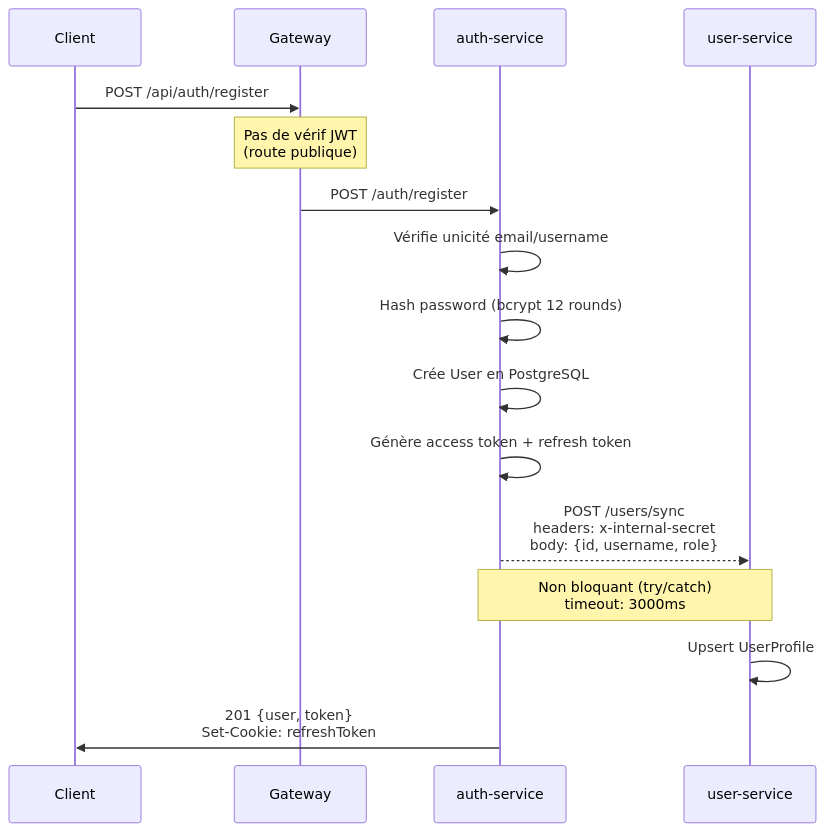
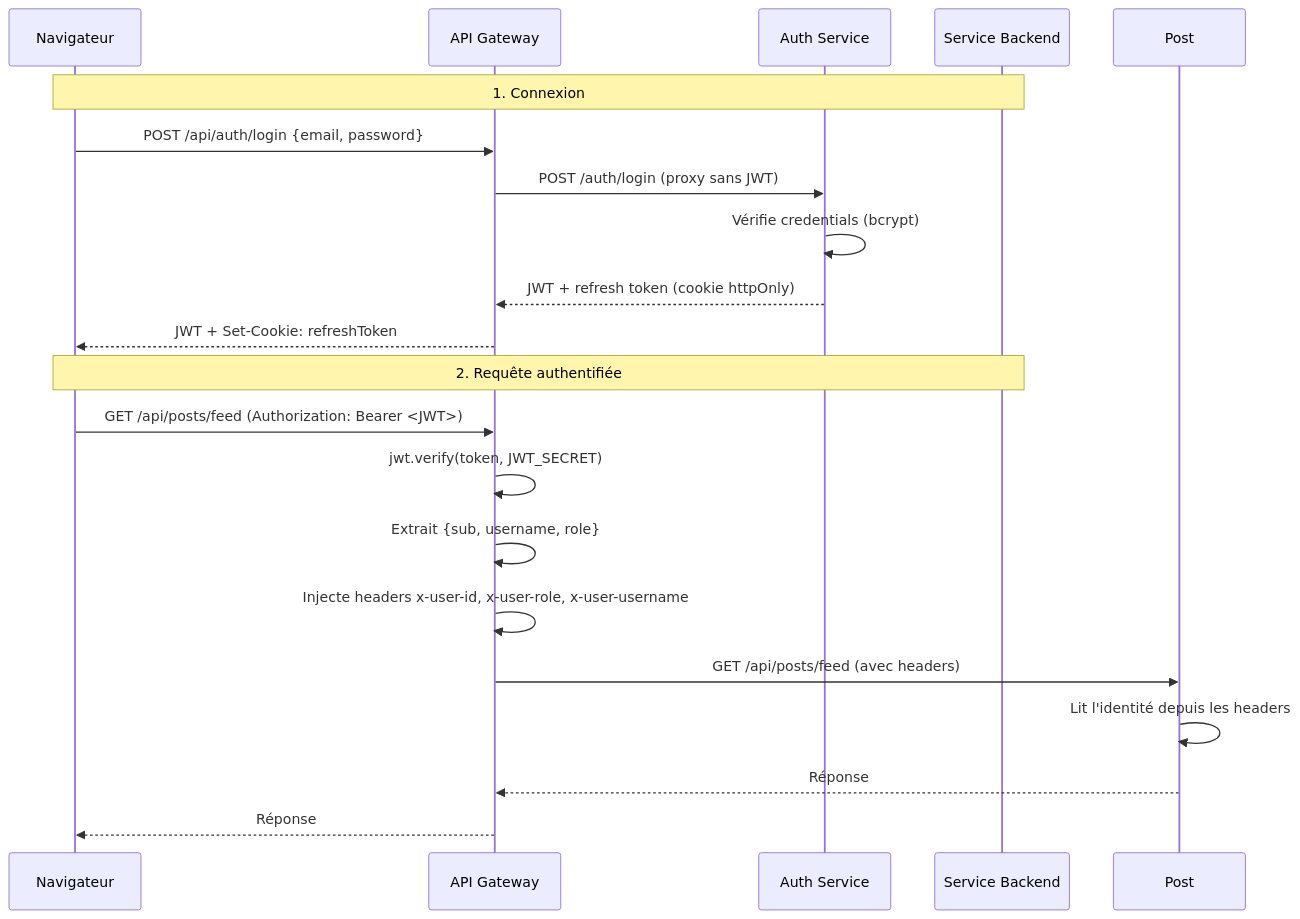
The first of 3 diagrams in docs/architecture/communication-services.md (Tuture57/Breazy-Docs), drawn with Mermaid before and after one commit. The commit also changed other lines of this file and 20 other files, not shown here.

````diff
--- a/docs/architecture/communication-services.md
+++ b/docs/architecture/communication-services.md
@@ -11,19 +16,24 @@
 ```mermaid
 sequenceDiagram
-    participant C as Client
-    participant GW as Gateway
-    participant AUTH as auth-service
-    participant USER as user-service
+    participant Client as Navigateur
+    participant Gateway as API Gateway
+    participant Auth as Auth Service
+    participant Service as Service Backend
 
-    C->>GW: POST /api/auth/register
-    Note over GW: Pas de vérif JWT<br/>(route publique)
-    GW->>AUTH: POST /auth/register
-    AUTH->>AUTH: Vérifie unicité email/username
-    AUTH->>AUTH: Hash password (bcrypt 12 rounds)
-    AUTH->>AUTH: Crée User en PostgreSQL
-    AUTH->>AUTH: Génère access token + refresh token
-    AUTH-->>USER: POST /users/sync<br/>headers: x-internal-secret<br/>body: {id, username, role}
-    Note over AUTH,USER: Non bloquant (try/catch)<br/>timeout: 3000ms
-    USER->>USER: Upsert UserProfile
-    AUTH->>C: 201 {user, token}<br/>Set-Cookie: refreshToken
+    Note over Client,Service: 1. Connexion
+    Client->>Gateway: POST /api/auth/login {email, password}
+    Gateway->>Auth: POST /auth/login (proxy sans JWT)
+    Auth->>Auth: Vérifie credentials (bcrypt)
+    Auth-->>Gateway: JWT + refresh token (cookie httpOnly)
+    Gateway-->>Client: JWT + Set-Cookie: refreshToken
+
+    Note over Client,Service: 2. Requête authentifiée
+    Client->>Gateway: GET /api/posts/feed (Authorization: Bearer <JWT>)
+    Gateway->>Gateway: jwt.verify(token, JWT_SECRET)
+    Gateway->>Gateway: Extrait {sub, username, role}
+    Gateway->>Gateway: Injecte headers x-user-id, x-user-role, x-user-username
+    Gateway->>Post: GET /api/posts/feed (avec headers)
+    Post->>Post: Lit l'identité depuis les headers
+    Post-->>Gateway: Réponse
+    Gateway-->>Client: Réponse
 ```
````
